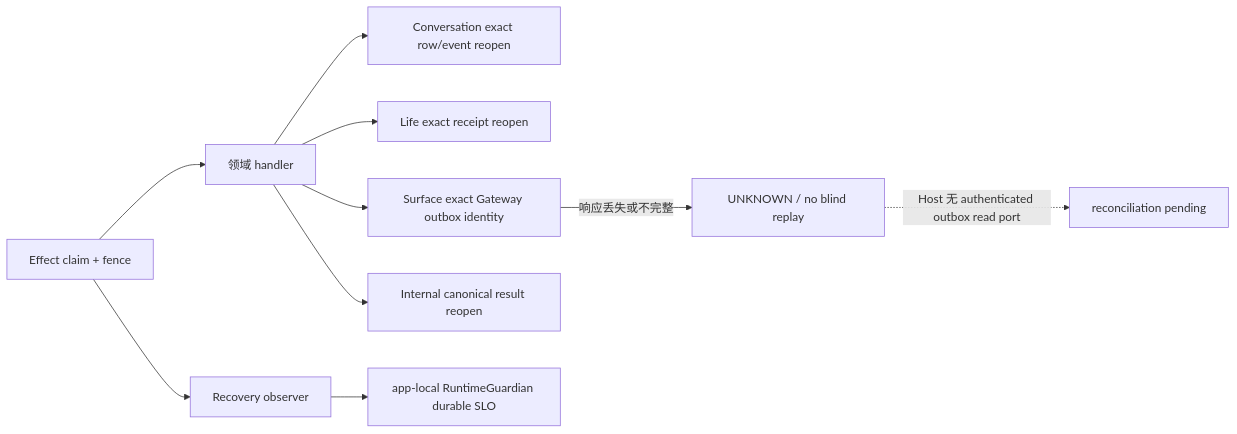
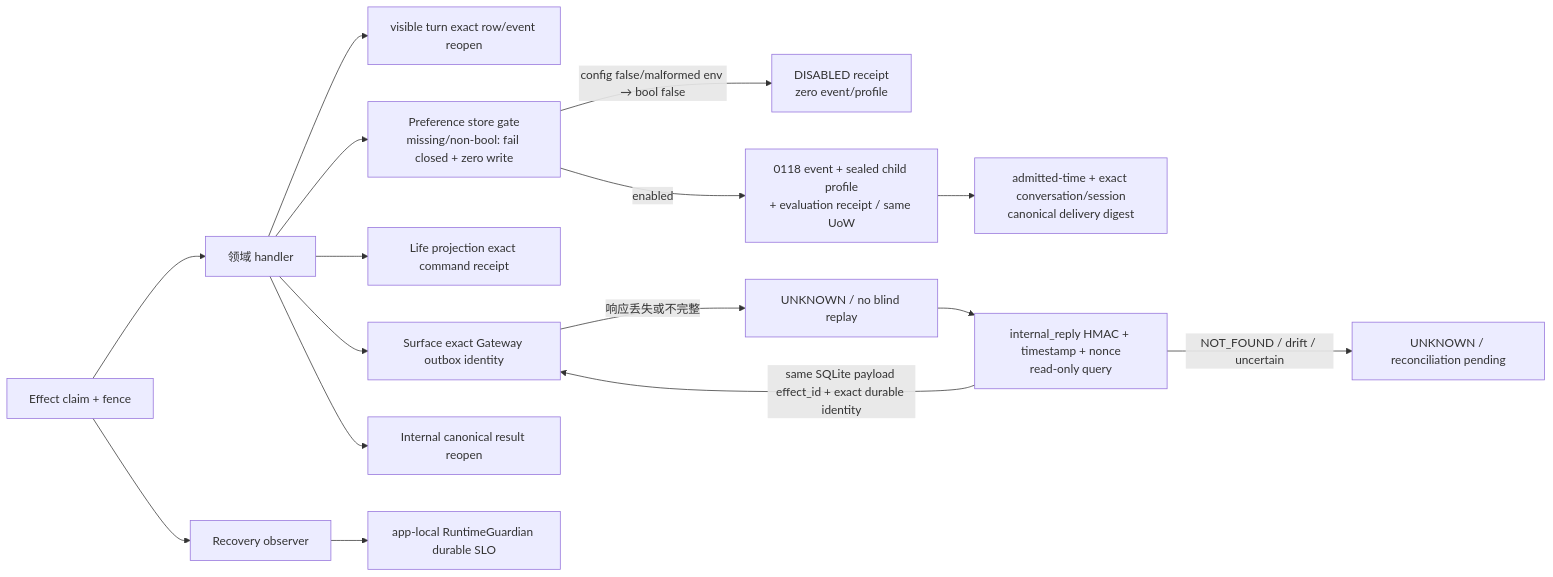
The fifth of 11 diagrams in docs/50_project/arch/DATA_FLOW_ARCHITECTURE.md (SakuraYoruno/Natsume_Ai), drawn with Mermaid before and after one commit. The commit also changed other lines of this file and 59 other files, not shown here.

````diff
--- a/docs/50_project/arch/DATA_FLOW_ARCHITECTURE.md
+++ b/docs/50_project/arch/DATA_FLOW_ARCHITECTURE.md
@@ -522,12 +531,18 @@
 ```mermaid
 flowchart LR
     Claim["Effect claim + fence"] --> Handler["领域 handler"]
-    Handler --> Conversation["Conversation exact row/event reopen"]
-    Handler --> Life["Life exact receipt reopen"]
+    Handler --> Visible["visible turn exact row/event reopen"]
+    Handler --> Privacy["Preference store gate\nmissing/non-bool: fail closed + zero write"]
+    Privacy -->|"config false/malformed env → bool false"| Disabled["DISABLED receipt\nzero event/profile"]
+    Privacy -->|"enabled"| Preference["0118 event + sealed child profile\n+ evaluation receipt / same UoW"]
+    Preference --> DeliveryBinding["admitted-time + exact conversation/session\ncanonical delivery digest"]
+    Handler --> Life["Life projection exact command receipt"]
     Handler --> Surface["Surface exact Gateway outbox identity"]
     Handler --> InternalResult["Internal canonical result reopen"]
     Surface -->|"响应丢失或不完整"| Unknown["UNKNOWN / no blind replay"]
-    Unknown -. "Host 无 authenticated outbox read port" .-> Pending["reconciliation pending"]
+    Unknown --> Query["internal_reply HMAC + timestamp + nonce\nread-only query"]
+    Query -->|"same SQLite payload effect_id + exact durable identity"| Surface
+    Query -->|"NOT_FOUND / drift / uncertain"| Pending["UNKNOWN / reconciliation pending"]
     Claim --> Observer["Recovery observer"]
     Observer --> Guardian["app-local RuntimeGuardian durable SLO"]
 ```
````
